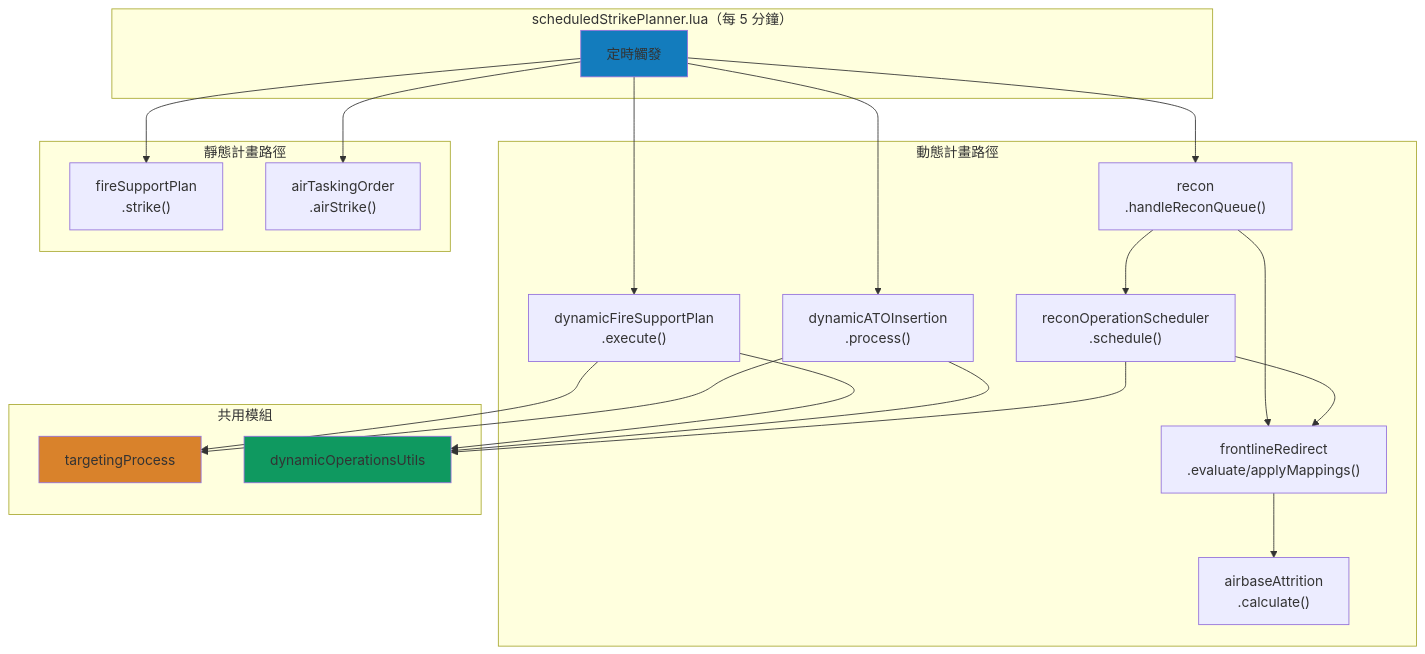
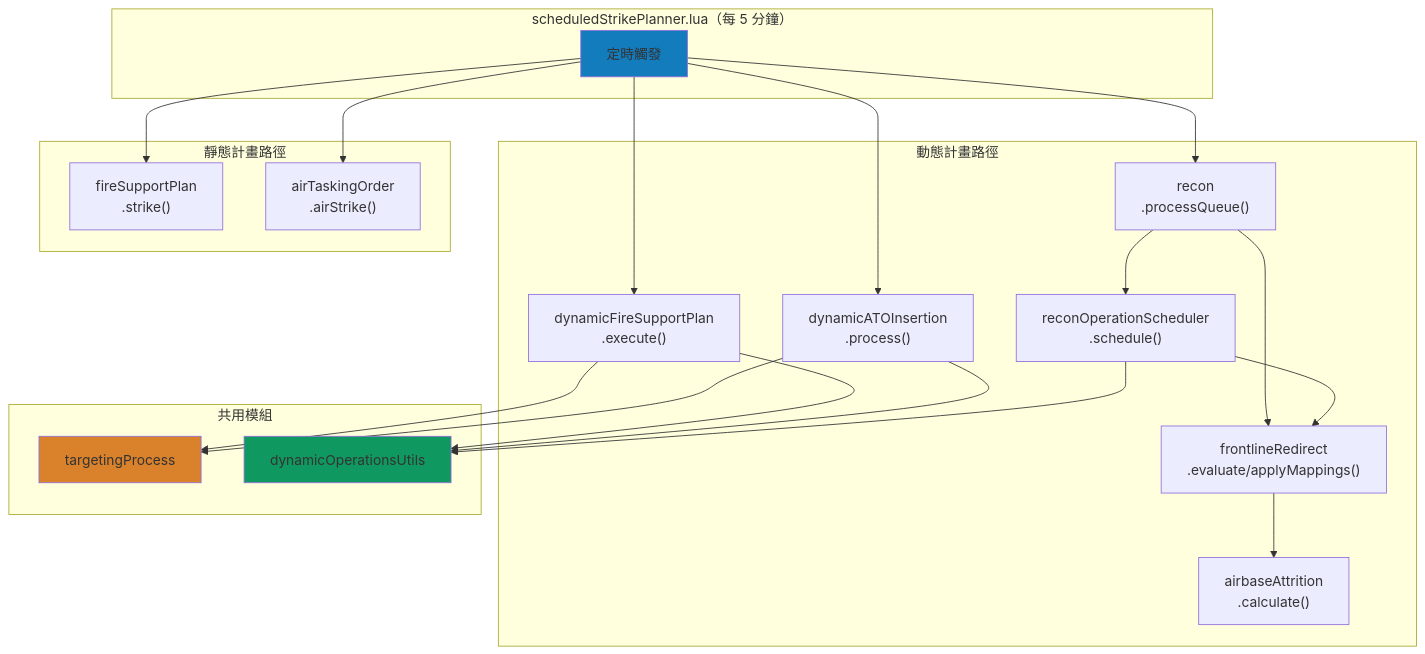
Before and after one commit to pullupjumper/formosa-in-flames: the first of 3 diagrams in docs/strikePlanner/README.md, drawn with Mermaid. The commit also changed 10 other files, not shown here.

Commit message:
refactor(strikePlanner): route recon queue through processing context

````diff
--- a/docs/strikePlanner/README.md
+++ b/docs/strikePlanner/README.md
@@ -72,45 +72,45 @@
 ```mermaid
 flowchart TB
     subgraph 觸發器["scheduledStrikePlanner.lua（每 5 分鐘）"]
         TRIGGER[定時觸發]
     end
 
     subgraph 動態路徑["動態計畫路徑"]
         DFSP["dynamicFireSupportPlan<br>.execute()"]
         DATO["dynamicATOInsertion<br>.process()"]
-        RECON["recon<br>.handleReconQueue()"]
+        RECON["recon<br>.processQueue()"]
         RSCHED["reconOperationScheduler<br>.schedule()"]
         FREDIR["frontlineRedirect<br>.evaluate/applyMappings()"]
         ATTR["airbaseAttrition<br>.calculate()"]
     end
 
     subgraph 靜態路徑["靜態計畫路徑"]
         FSP["fireSupportPlan<br>.strike()"]
         ATO["airTaskingOrder<br>.airStrike()"]
     end
 
     subgraph 共用模組
         TP["targetingProcess"]
         DOU["dynamicOperationsUtils"]
     end
 
     TRIGGER --> DFSP
     TRIGGER --> DATO
     TRIGGER --> RECON
     TRIGGER --> FSP
     TRIGGER --> ATO
 
     DFSP --> TP
     DFSP --> DOU
     DATO --> TP
     DATO --> DOU
     RECON --> RSCHED
     RECON --> FREDIR
     RSCHED --> FREDIR
     RSCHED --> DOU
     FREDIR --> ATTR
 
     style TRIGGER fill:#137cbd
     style TP fill:#d9822b
     style DOU fill:#0f9960
 ```
````
